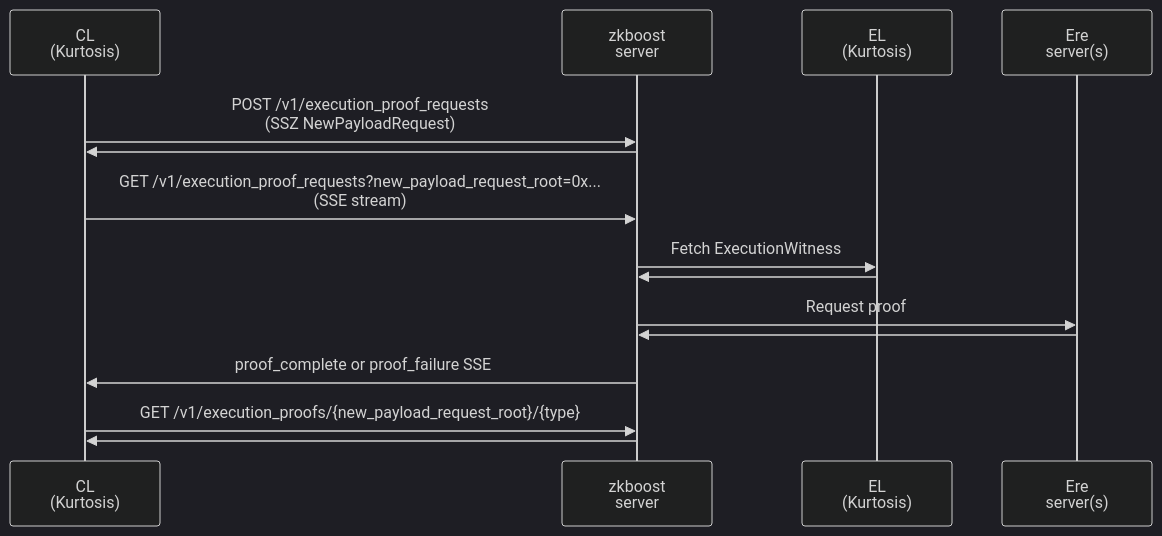
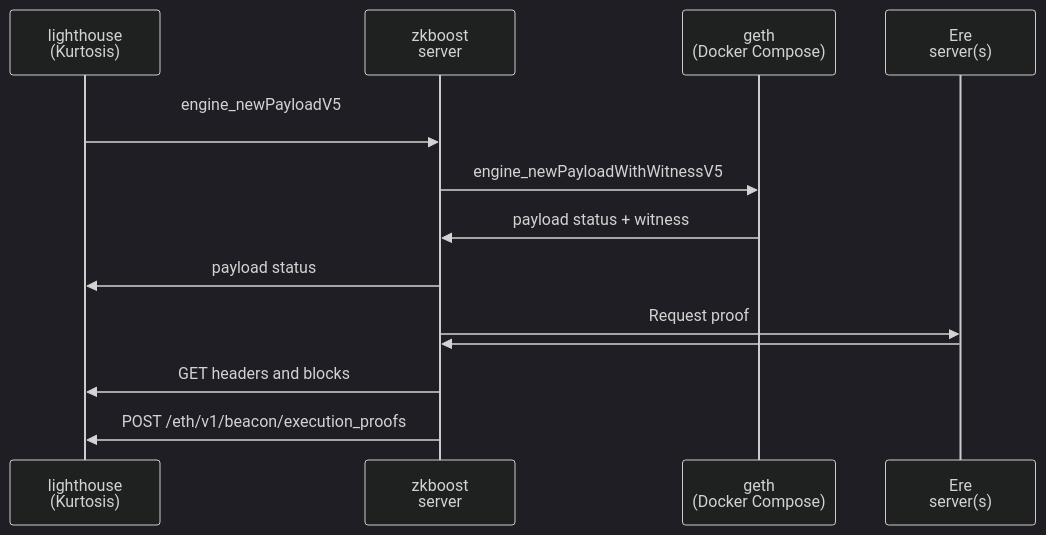
Before and after one commit to eth-act/zkboost: the diagram in docker/example/testnet/README.md, drawn with Mermaid (dark theme). The commit also changed other lines of this file and 112 other files, not shown here.

````diff
--- a/docker/example/testnet/README.md
+++ b/docker/example/testnet/README.md
@@ -5,17 +7,15 @@
 ```mermaid
 sequenceDiagram
-    participant CL as CL <br> (Kurtosis)
+    participant CL as lighthouse <br> (Kurtosis)
     participant zkboost as zkboost <br> server
-    participant EL as EL <br> (Kurtosis)
+    participant EL as geth <br> (Docker Compose)
     participant Ere as Ere <br> server(s)
-    CL->>zkboost: POST /v1/execution_proof_requests <br> (SSZ NewPayloadRequest)
-    zkboost->>CL:
-    CL->>zkboost: GET /v1/execution_proof_requests?new_payload_request_root=0x... <br> (SSE stream)
-    zkboost->>EL: Fetch ExecutionWitness
-    EL->>zkboost:
+    CL->>zkboost: engine_newPayloadV5 <br>
+    zkboost->>EL: engine_newPayloadWithWitnessV5
+    EL->>zkboost: payload status + witness
+    zkboost->>CL: payload status
     zkboost->>Ere: Request proof
     Ere->>zkboost:
-    zkboost->>CL: proof_complete or proof_failure SSE
-    CL->>zkboost: GET /v1/execution_proofs/{new_payload_request_root}/{type}
-    zkboost->>CL:
+    zkboost->>CL: GET headers and blocks
+    zkboost->>CL: POST /eth/v1/beacon/execution_proofs
 ```
````
